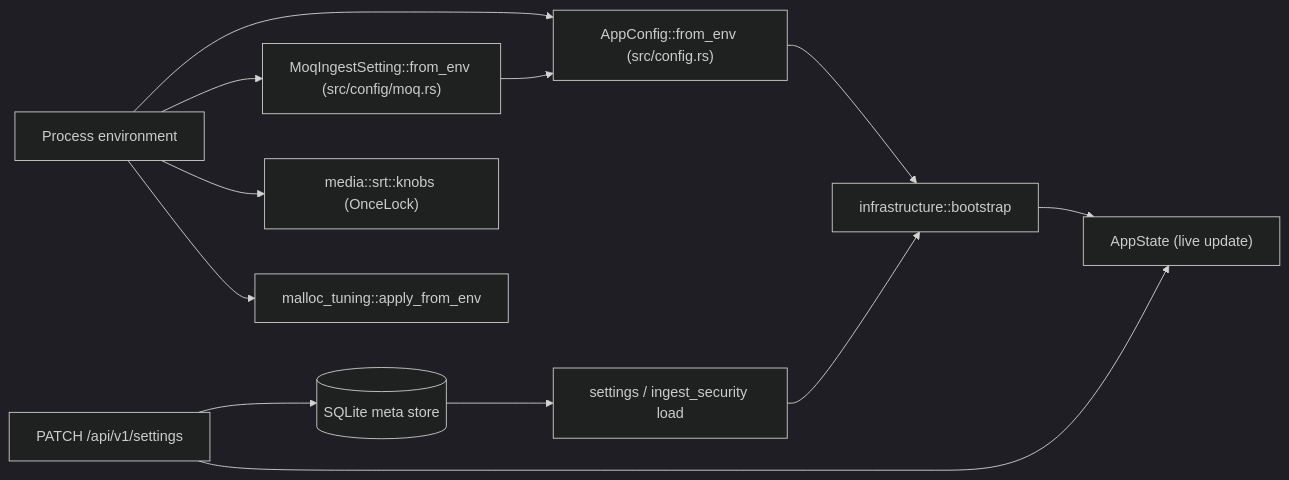
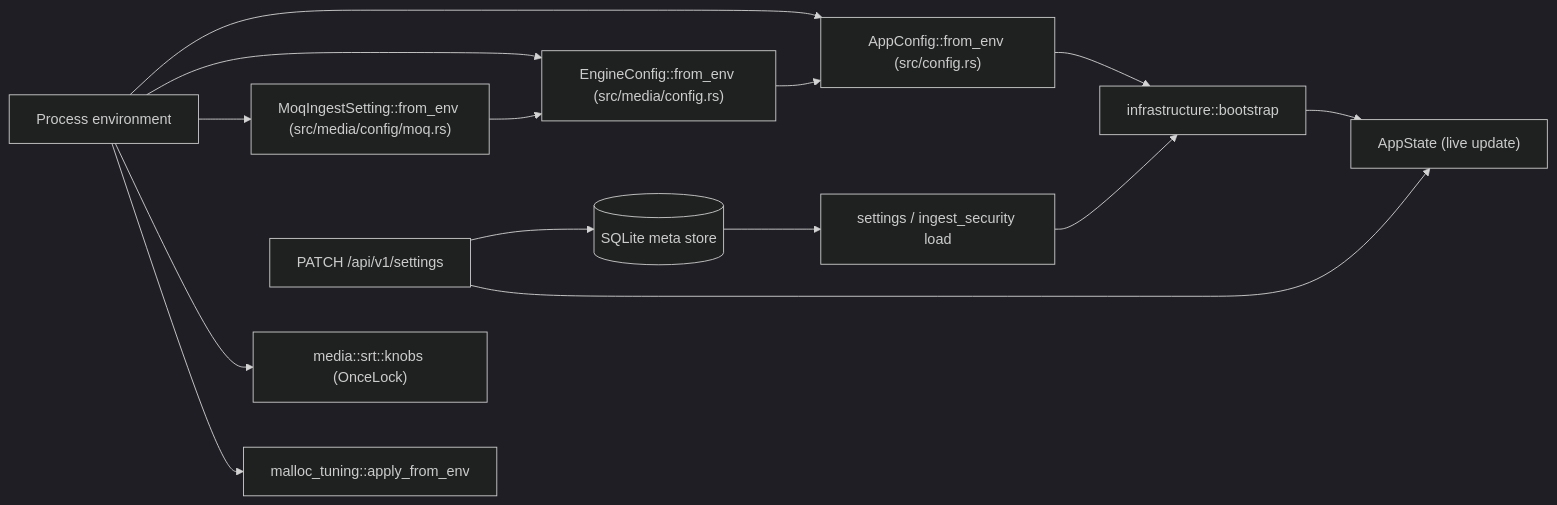
One commit to krsna1729/restream changed the diagram in docs/configuration.md. Above: the diagram before and after it, drawn with Mermaid (dark theme). The commit also changed other lines of this file and 73 other files, not shown here.

````diff
--- a/docs/configuration.md
+++ b/docs/configuration.md
@@ -26,14 +26,16 @@
 ```mermaid
 flowchart LR
     env[Process environment] --> from_env["AppConfig::from_env (src/config.rs)"]
-    env --> moq["MoqIngestSetting::from_env (src/config/moq.rs)"]
+    env --> engine["EngineConfig::from_env (src/media/config.rs)"]
+    env --> moq["MoqIngestSetting::from_env (src/media/config/moq.rs)"]
     env --> knobs["media::srt::knobs (OnceLock)"]
     env --> malloc["malloc_tuning::apply_from_env"]
-    moq --> from_env
+    moq --> engine
+    engine --> from_env
     from_env --> boot["infrastructure::bootstrap"]
     db[(SQLite meta store)] --> settings["settings / ingest_security load"]
     settings --> boot
     api["PATCH /api/v1/settings"] --> db
     api --> state["AppState (live update)"]
     boot --> state
 ```
````
